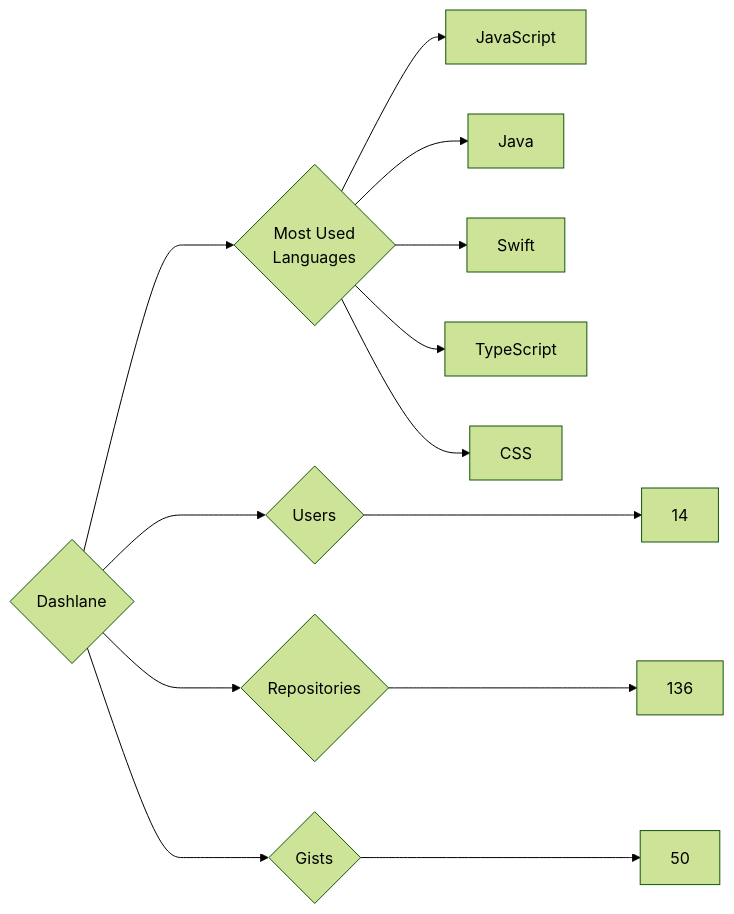
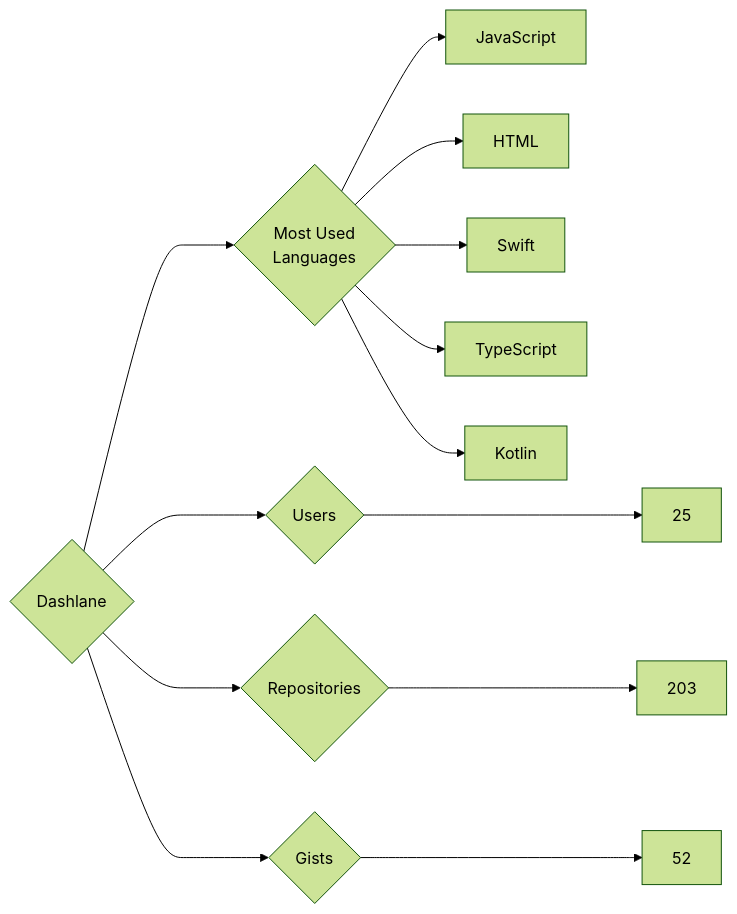
One commit to trickest/insiders changed the diagram in targets/Dashlane/README.md. Above: the diagram before and after it, drawn with Mermaid (forest theme). The commit also changed 809 other files, not shown here.

````diff
--- a/targets/Dashlane/README.md
+++ b/targets/Dashlane/README.md
@@ -3,13 +3,13 @@
 ```mermaid
 graph LR
 COMPANY_NAME{Dashlane}
-COMPANY_NAME ---> U{Users} ---> UN[14]
-COMPANY_NAME ---> R{Repositories} ---> RN[136]
-COMPANY_NAME ---> G{Gists} ---> GN[50]
+COMPANY_NAME ---> U{Users} ---> UN[25]
+COMPANY_NAME ---> R{Repositories} ---> RN[203]
+COMPANY_NAME ---> G{Gists} ---> GN[52]
 COMPANY_NAME ---> ML{Most Used<br>Languages}
 ML --> JavaScript[JavaScript]
-ML --> Java[Java]
+ML --> HTML[HTML]
 ML --> Swift[Swift]
 ML --> TypeScript[TypeScript]
-ML --> CSS[CSS]
+ML --> Kotlin[Kotlin]
 ```
````
